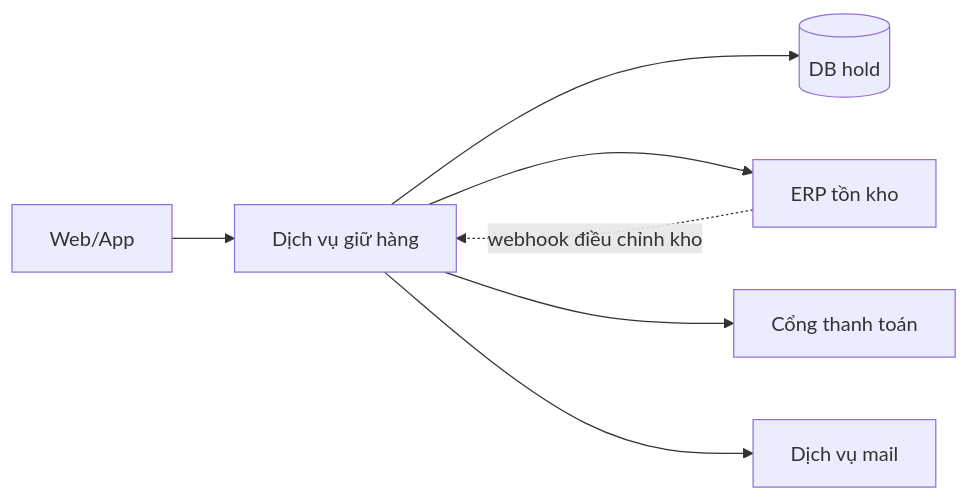
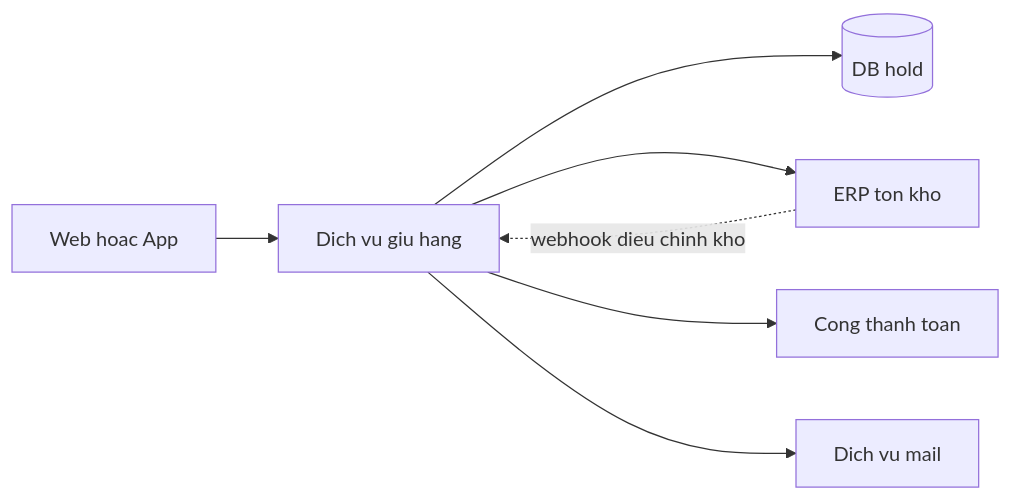
One commit to quankaka11/spec-skills changed the fourth of 6 diagrams in knowledge/33-cau-truc-spec-btc.md. Above: the diagram before and after it, drawn with Mermaid. The commit also changed other lines of this file and 12 other files, not shown here.

````diff
--- a/knowledge/33-cau-truc-spec-btc.md
+++ b/knowledge/33-cau-truc-spec-btc.md
@@ -166,9 +213,9 @@
 ```mermaid
 flowchart LR
-  FE["Web/App"] --> BE["Dịch vụ giữ hàng"]
+  FE["Web hoac App"] --> BE["Dich vu giu hang"]
   BE --> DB[("DB hold")]
-  BE --> ERP["ERP tồn kho"]
-  BE --> PAY["Cổng thanh toán"]
-  BE --> MAIL["Dịch vụ mail"]
-  ERP -. "webhook điều chỉnh kho" .-> BE
+  BE --> ERP["ERP ton kho"]
+  BE --> PAY["Cong thanh toan"]
+  BE --> MAIL["Dich vu mail"]
+  ERP -. "webhook dieu chinh kho" .-> BE
 ```
````
